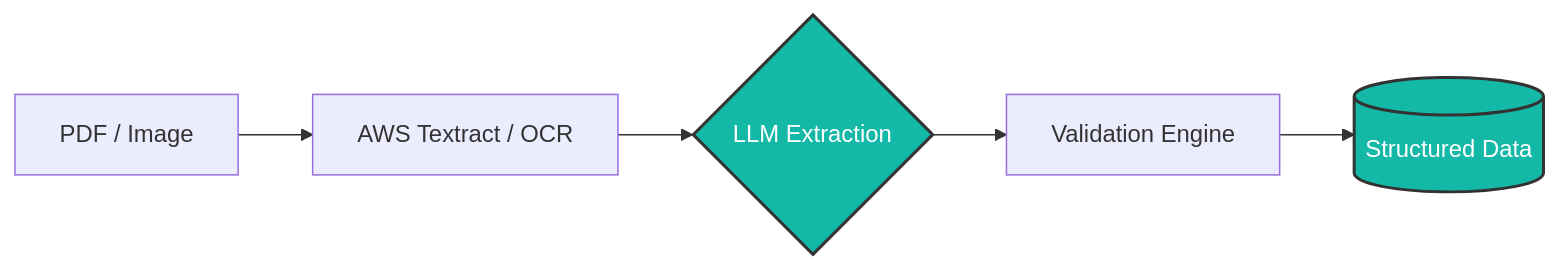
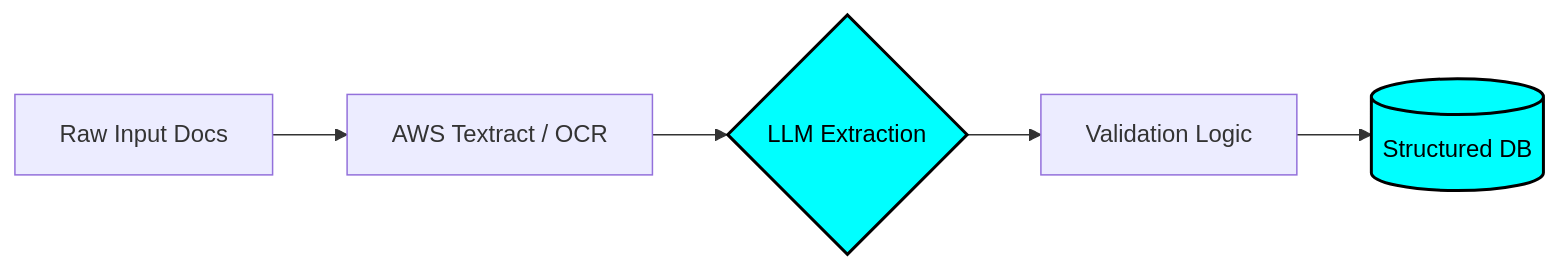
Before and after one commit to sahilwagh99/sahilwagh99: the second of 2 diagrams in README.md, drawn with Mermaid. The commit also changed other lines of this file, not shown here.

````diff
--- a/README.md
+++ b/README.md
@@ -101,10 +100,10 @@
 ```mermaid
 graph LR
-    A[PDF / Image] --> B[AWS Textract / OCR]
+    A[Raw Input Docs] --> B[AWS Textract / OCR]
     B --> C{LLM Extraction}
-    C --> D[Validation Engine]
-    D --> E[(Structured Data)]
+    C --> D[Validation Logic]
+    D --> E[(Structured DB)]
     
-    style C fill:#14b8a6,stroke:#333,stroke-width:2px,color:#fff
-    style E fill:#14b8a6,stroke:#333,stroke-width:2px,color:#fff
+    style C fill:#00FFFF,stroke:#000,stroke-width:2px,color:#000
+    style E fill:#00FFFF,stroke:#000,stroke-width:2px,color:#000
 ```
````
